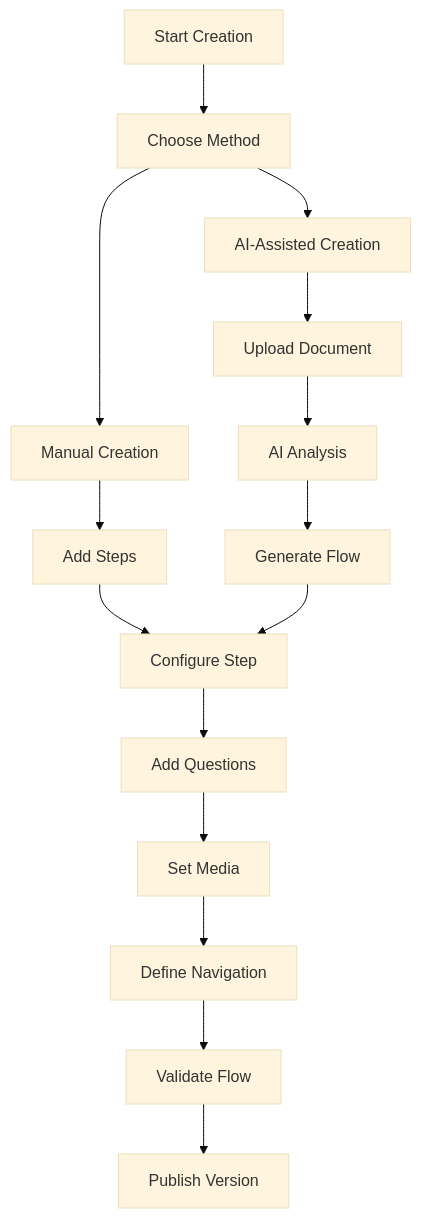
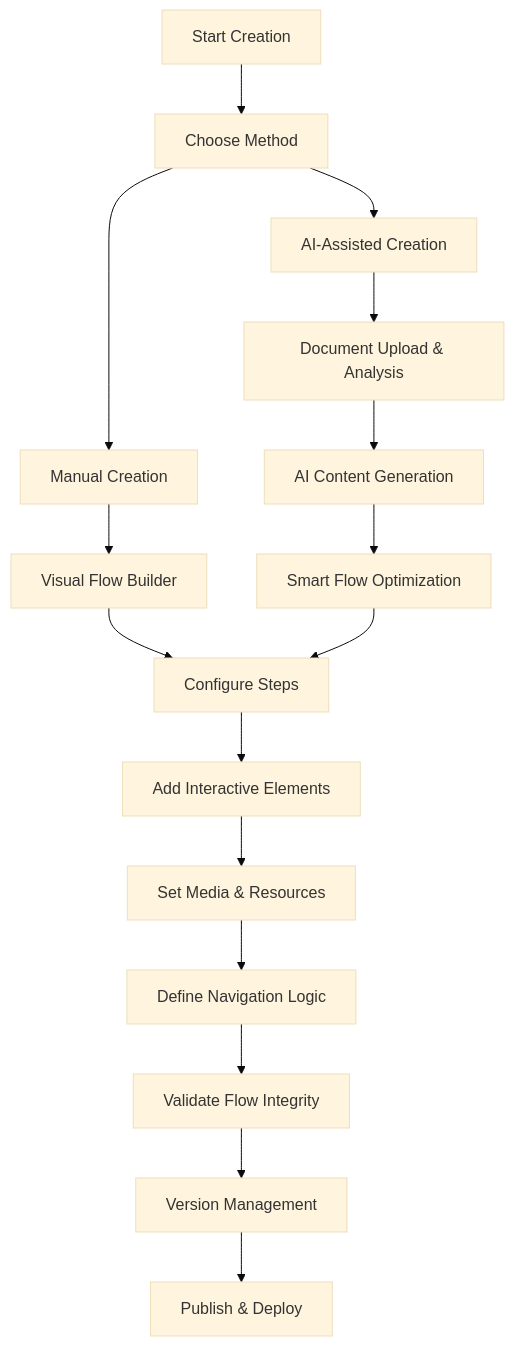
Before and after one commit to opprfloris/oppr-training-nexus: the third of 10 diagrams in TECHNICAL_DOCUMENTATION.md, drawn with Mermaid (base theme). The commit also changed other lines of this file, not shown here.

````diff
--- a/TECHNICAL_DOCUMENTATION.md
+++ b/TECHNICAL_DOCUMENTATION.md
@@ -166,19 +189,20 @@
 ```mermaid
 flowchart TD
     A[Start Creation] --> B[Choose Method]
     B --> C[Manual Creation]
     B --> D[AI-Assisted Creation]
     
-    C --> E[Add Steps]
-    D --> F[Upload Document]
-    F --> G[AI Analysis]
-    G --> H[Generate Flow]
+    C --> E[Visual Flow Builder]
+    D --> F[Document Upload & Analysis]
+    F --> G[AI Content Generation]
+    G --> H[Smart Flow Optimization]
     
-    E --> I[Configure Step]
+    E --> I[Configure Steps]
     H --> I
-    I --> J[Add Questions]
-    J --> K[Set Media]
-    K --> L[Define Navigation]
-    L --> M[Validate Flow]
-    M --> N[Publish Version]
+    I --> J[Add Interactive Elements]
+    J --> K[Set Media & Resources]
+    K --> L[Define Navigation Logic]
+    L --> M[Validate Flow Integrity]
+    M --> N[Version Management]
+    N --> O[Publish & Deploy]
 ```
````
